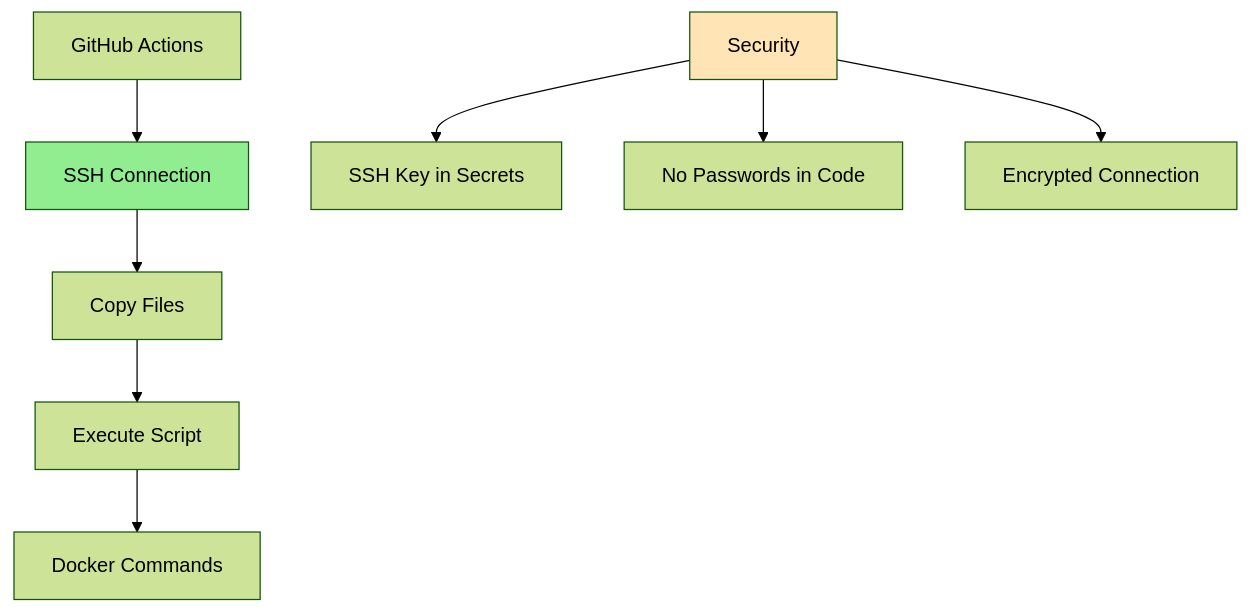
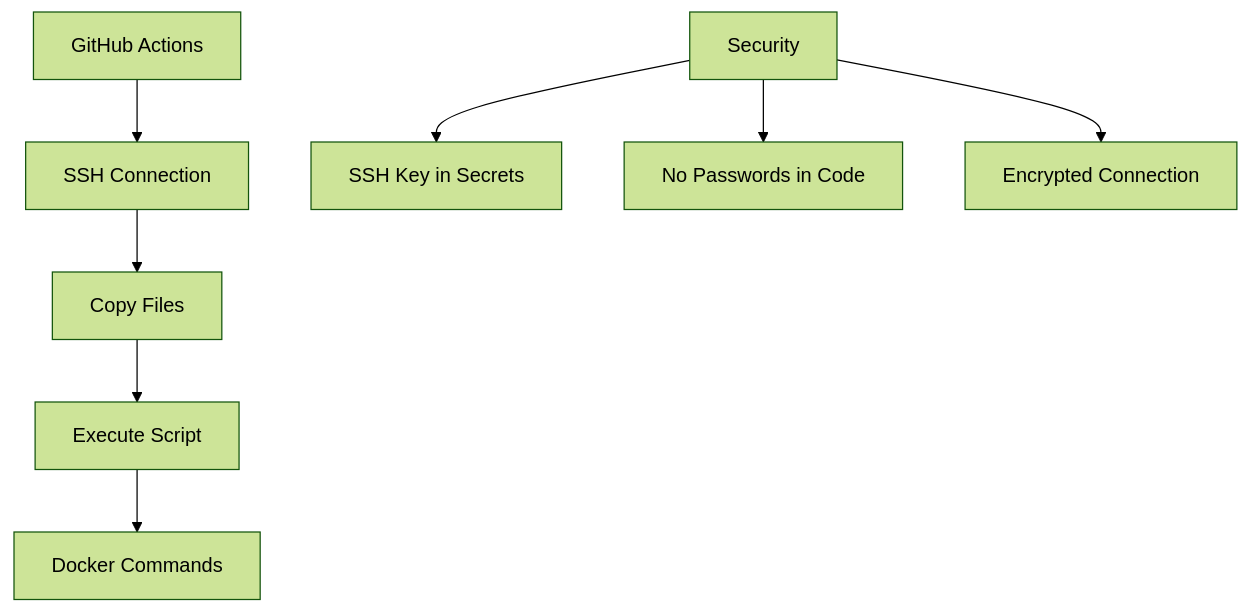
Before and after one commit to 4gh0rn/dev-blog: the tenth of 11 diagrams in docs/projects/conduit-deployment.md, drawn with Mermaid (forest theme). The commit also changed other lines of this file and 17 other files, not shown here.

````diff
--- a/docs/projects/conduit-deployment.md
+++ b/docs/projects/conduit-deployment.md
@@ -320,14 +296,11 @@
 ```mermaid
 graph TB
     A[GitHub Actions] --> B[SSH Connection]
     B --> C[Copy Files]
     C --> D[Execute Script]
     D --> E[Docker Commands]
     
     F[Security] --> F1[SSH Key in Secrets]
     F --> F2[No Passwords in Code]
     F --> F3[Encrypted Connection]
-    
-    style B fill:#90EE90
-    style F fill:#FFE4B5
 ```
````
